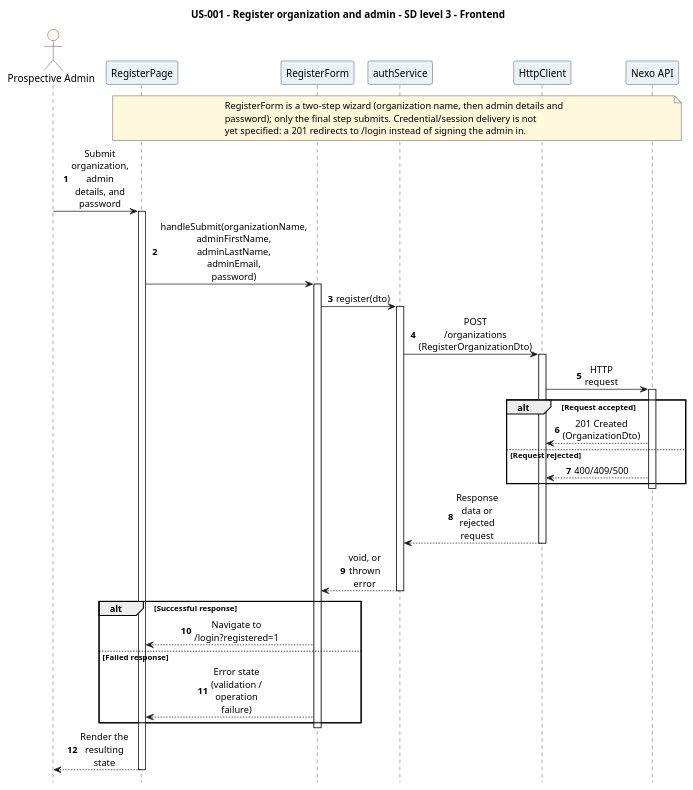
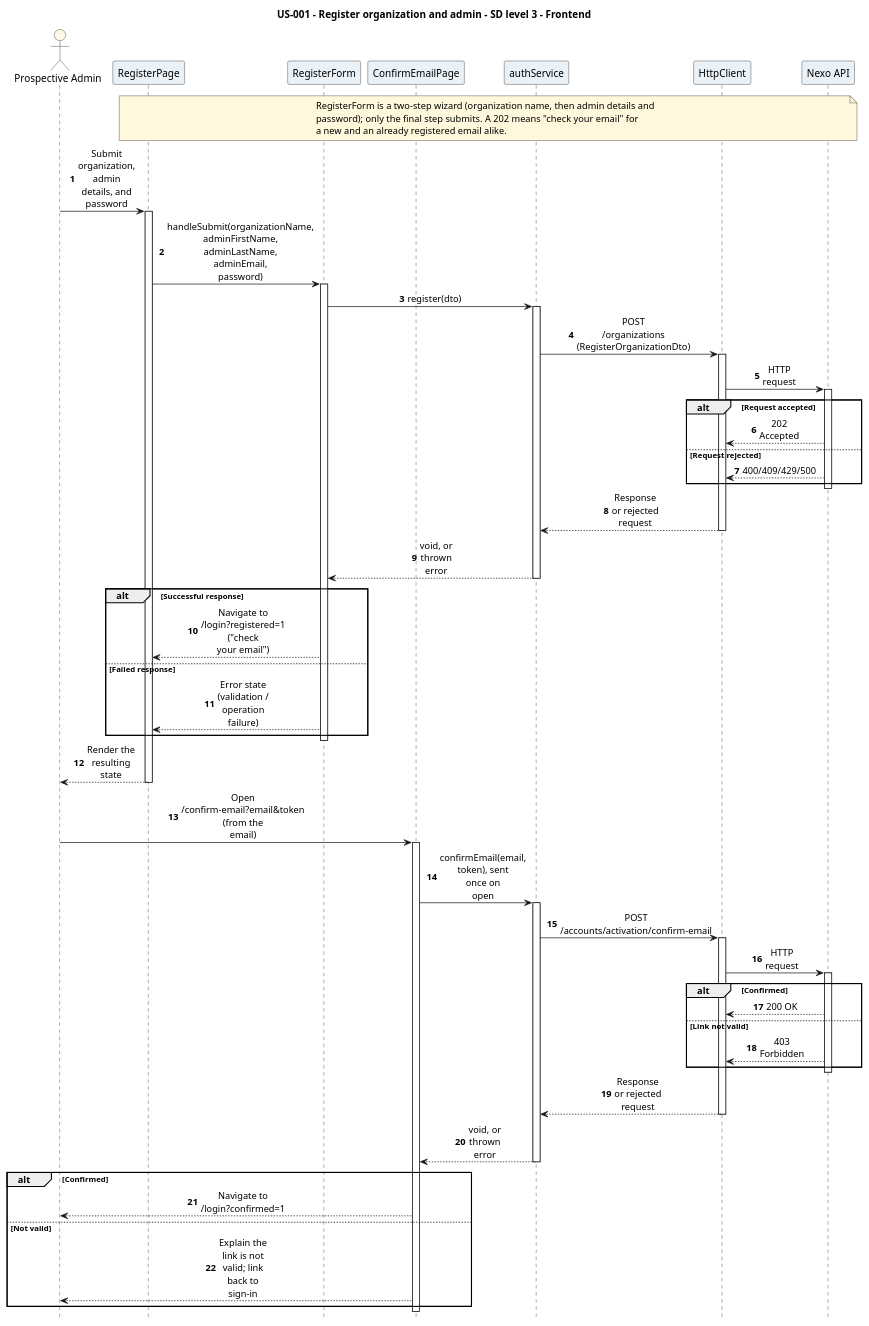
Before and after one commit to vscosousa/Nexo: the diagram in docs/us/US-001/sd/level-3/frontend/puml/US-001-level-3-frontend.puml, drawn with PlantUML. The commit also changed 39 other files, not shown here.

```diff
--- a/docs/us/US-001/sd/level-3/frontend/puml/US-001-level-3-frontend.puml
+++ b/docs/us/US-001/sd/level-3/frontend/puml/US-001-level-3-frontend.puml
@@ -1,53 +1,79 @@
 @startuml
 title US-001 - Register organization and admin - SD level 3 - Frontend
 hide footbox
 skinparam shadowing false
 skinparam sequenceMessageAlign center
 skinparam maxMessageSize 75
 skinparam ParticipantBackgroundColor #EAF2F8
 skinparam ActorBackgroundColor #FEF9E7
 skinparam NoteBackgroundColor #FFF8DC
 autonumber
 
 actor "Prospective Admin" as Admin
 participant "RegisterPage" as View
 participant "RegisterForm" as Component
+participant "ConfirmEmailPage" as Confirm
 participant "authService" as Service
 participant "HttpClient" as Http
 participant "Nexo API" as API
 
 note over View, API
   RegisterForm is a two-step wizard (organization name, then admin details and
-  password); only the final step submits. Credential/session delivery is not
-  yet specified: a 201 redirects to /login instead of signing the admin in.
+  password); only the final step submits. A 202 means "check your email" for
+  a new and an already registered email alike.
 end note
 
 Admin -> View: Submit organization, admin details, and password
 activate View
 View -> Component: handleSubmit(organizationName, adminFirstName, adminLastName, adminEmail, password)
 activate Component
 Component -> Service: register(dto)
 activate Service
 Service -> Http: POST /organizations (RegisterOrganizationDto)
 activate Http
 Http -> API: HTTP request
 activate API
 alt Request accepted
-    API --> Http: 201 Created (OrganizationDto)
+    API --> Http: 202 Accepted
 else Request rejected
-    API --> Http: 400/409/500
+    API --> Http: 400/409/429/500
 end
 deactivate API
-Http --> Service: Response data or rejected request
+Http --> Service: Response or rejected request
 deactivate Http
 Service --> Component: void, or thrown error
 deactivate Service
 alt Successful response
-    Component --> View: Navigate to /login?registered=1
+    Component --> View: Navigate to /login?registered=1 ("check your email")
 else Failed response
     Component --> View: Error state (validation / operation failure)
 end
 deactivate Component
 View --> Admin: Render the resulting state
 deactivate View
+
+Admin -> Confirm: Open /confirm-email?email&token (from the email)
+activate Confirm
+Confirm -> Service: confirmEmail(email, token), sent once on open
+activate Service
+Service -> Http: POST /accounts/activation/confirm-email
+activate Http
+Http -> API: HTTP request
+activate API
+alt Confirmed
+    API --> Http: 200 OK
+else Link not valid
+    API --> Http: 403 Forbidden
+end
+deactivate API
+Http --> Service: Response or rejected request
+deactivate Http
+Service --> Confirm: void, or thrown error
+deactivate Service
+alt Confirmed
+    Confirm --> Admin: Navigate to /login?confirmed=1
+else Not valid
+    Confirm --> Admin: Explain the link is not valid; link back to sign-in
+end
+deactivate Confirm
 @enduml
```
